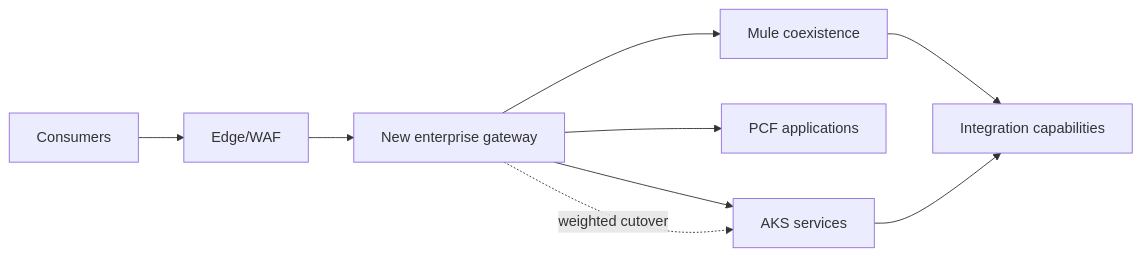
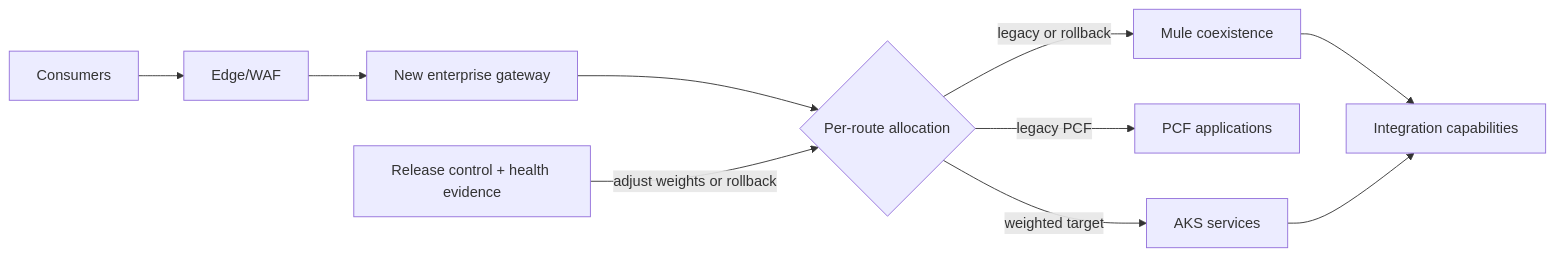
Before and after one commit to tomqwu/apim: the diagram in architecture/diagrams/transition-state.mmd, drawn with Mermaid. The commit also changed 48 other files, not shown here.

```diff
--- a/architecture/diagrams/transition-state.mmd
+++ b/architecture/diagrams/transition-state.mmd
@@ -1,8 +1,9 @@
 flowchart LR
   C["Consumers"] --> E["Edge/WAF"] --> G["New enterprise gateway"]
-  G --> M["Mule coexistence"]
-  G --> P["PCF applications"]
-  G --> A["AKS services"]
+  G --> R{"Per-route allocation"}
+  R -->|"legacy or rollback"| M["Mule coexistence"]
+  R -->|"legacy PCF"| P["PCF applications"]
+  R -->|"weighted target"| A["AKS services"]
+  O["Release control + health evidence"] -->|"adjust weights or rollback"| R
   M --> I["Integration capabilities"]
   A --> I
-  G -. "weighted cutover" .-> A
```
